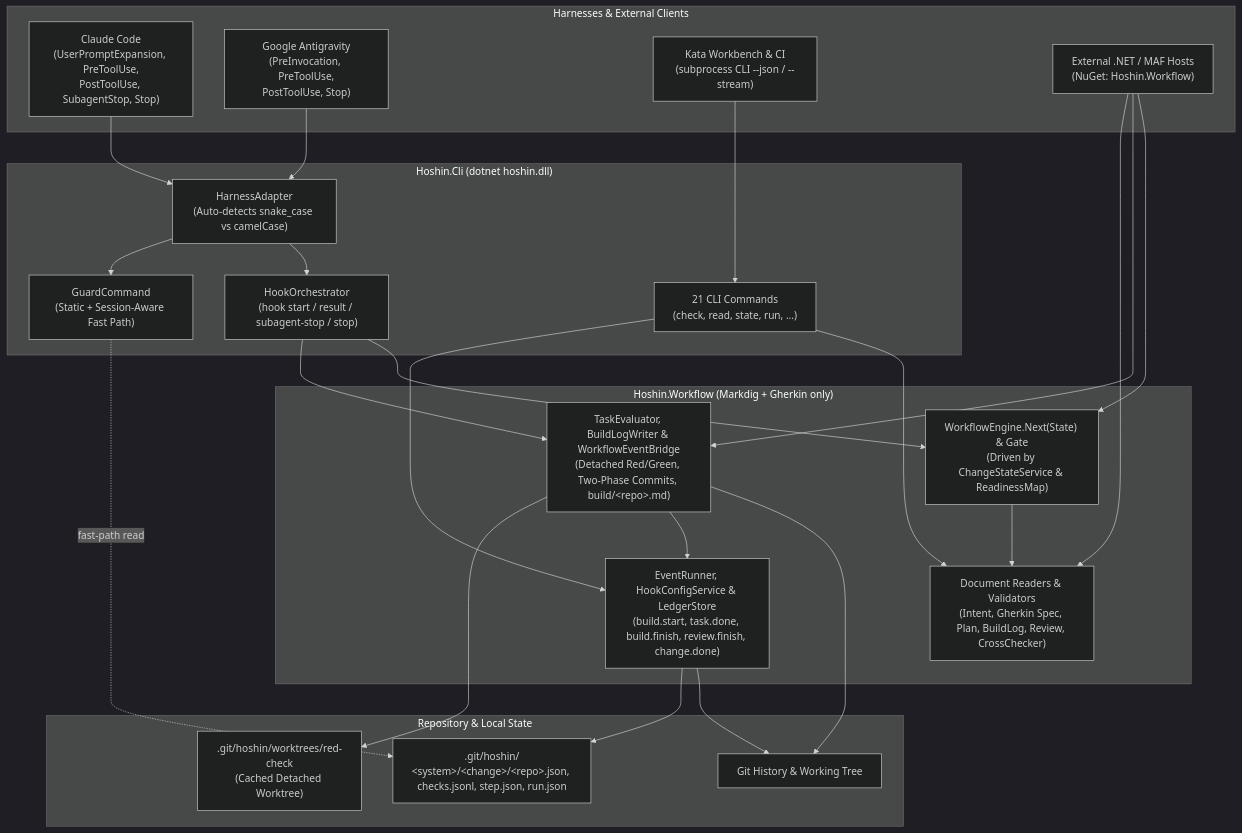
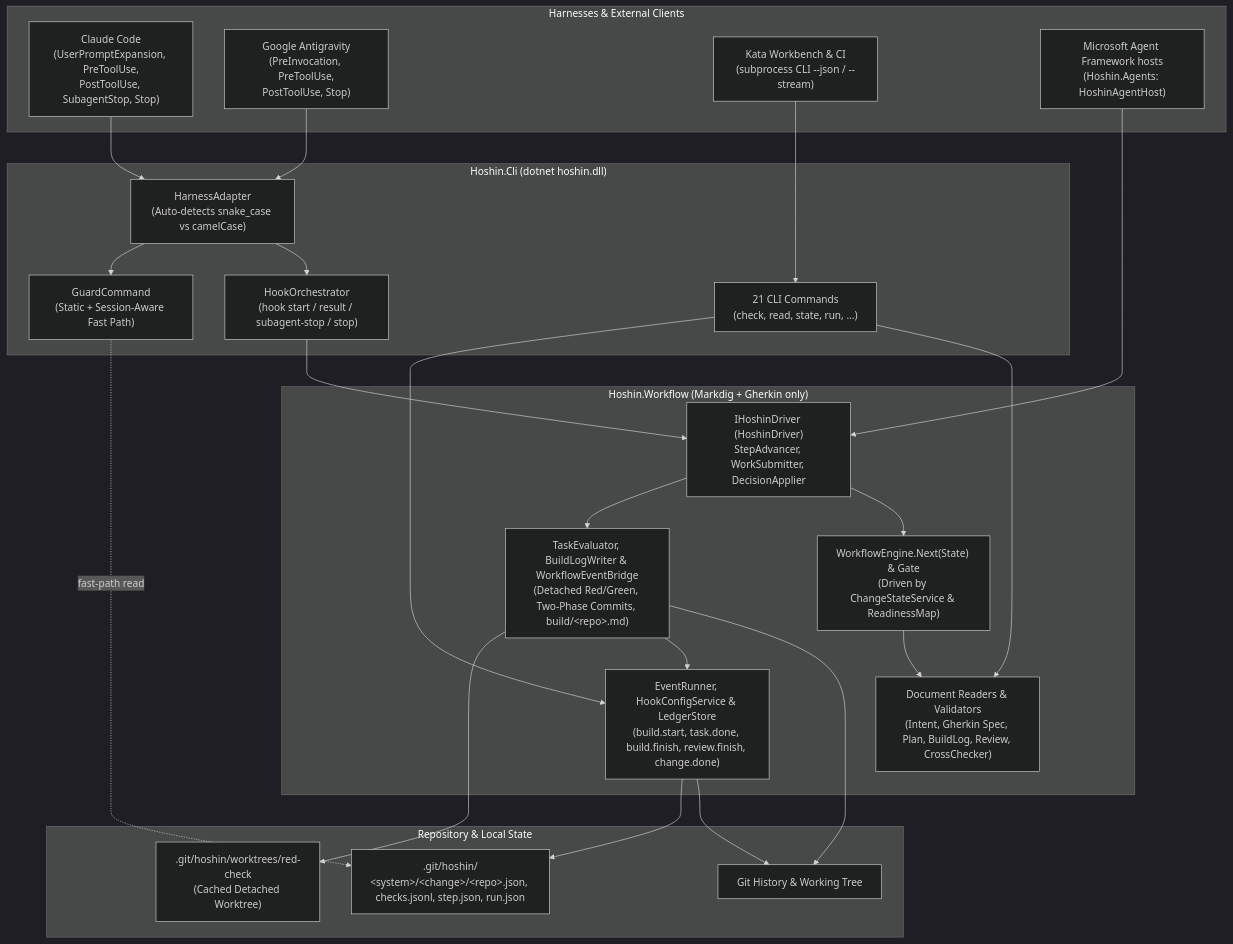
The first of 4 diagrams in DESIGN.md (satish-krishna/Hoshin.Net), drawn with Mermaid (dark theme) before and after one commit. The commit also changed other lines of this file and 7 other files, not shown here.

First line of the commit message:
build(packaging): install from a local marketplace; document the driver and the MAF host

````diff
--- a/DESIGN.md
+++ b/DESIGN.md
@@ -21,41 +21,43 @@
 ```mermaid
 flowchart TB
     subgraph Callers["Harnesses & External Clients"]
         CC["Claude Code<br/>(UserPromptExpansion, PreToolUse,<br/>PostToolUse, SubagentStop, Stop)"]
         AGY["Google Antigravity<br/>(PreInvocation, PreToolUse,<br/>PostToolUse, Stop)"]
         KATA["Kata Workbench & CI<br/>(subprocess CLI --json / --stream)"]
-        MAF["External .NET / MAF Hosts<br/>(NuGet: Hoshin.Workflow)"]
+        MAF["Microsoft Agent Framework hosts<br/>(Hoshin.Agents: HoshinAgentHost)"]
     end
 
     subgraph Cli["Hoshin.Cli (dotnet hoshin.dll)"]
         ADAPTER["HarnessAdapter<br/>(Auto-detects snake_case vs camelCase)"]
         ORCH["HookOrchestrator<br/>(hook start / result / subagent-stop / stop)"]
         GUARD["GuardCommand<br/>(Static + Session-Aware Fast Path)"]
         CMDS["21 CLI Commands<br/>(check, read, state, run, ...)"]
     end
 
     subgraph Lib["Hoshin.Workflow (Markdig + Gherkin only)"]
+        DRIVER["IHoshinDriver (HoshinDriver)<br/>StepAdvancer, WorkSubmitter, DecisionApplier"]
         ENGINE["WorkflowEngine.Next(State) & Gate<br/>(Driven by ChangeStateService & ReadinessMap)"]
         RUNNER["TaskEvaluator, BuildLogWriter & WorkflowEventBridge<br/>(Detached Red/Green, Two-Phase Commits, build/&lt;repo&gt;.md)"]
         DOCS["Document Readers & Validators<br/>(Intent, Gherkin Spec, Plan, BuildLog, Review, CrossChecker)"]
         EVENTS["EventRunner, HookConfigService & LedgerStore<br/>(build.start, task.done, build.finish, review.finish, change.done)"]
     end
 
     subgraph Store["Repository & Local State"]
         GIT["Git History & Working Tree"]
         LEDGER[".git/hoshin/<br/>&lt;system&gt;/&lt;change&gt;/&lt;repo&gt;.json, checks.jsonl, step.json, run.json"]
         WT[".git/hoshin/worktrees/red-check<br/>(Cached Detached Worktree)"]
     end
 
     CC & AGY --> ADAPTER
     ADAPTER --> ORCH & GUARD
     KATA --> CMDS
-    MAF --> ENGINE & RUNNER & DOCS
+    MAF --> DRIVER
 
-    ORCH --> ENGINE & RUNNER
+    ORCH --> DRIVER
+    DRIVER --> ENGINE & RUNNER
     GUARD -. "fast-path read" .-> LEDGER
     CMDS --> DOCS & EVENTS
     ENGINE --> DOCS
     RUNNER --> GIT & EVENTS & WT
     EVENTS --> GIT & LEDGER
 ```
````
